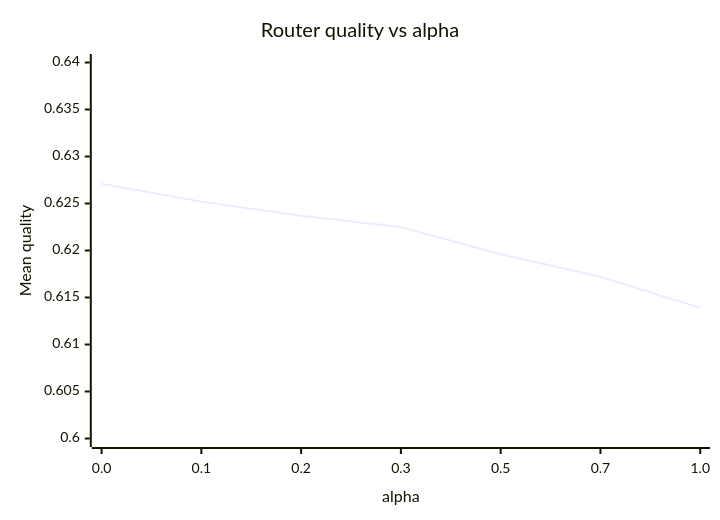
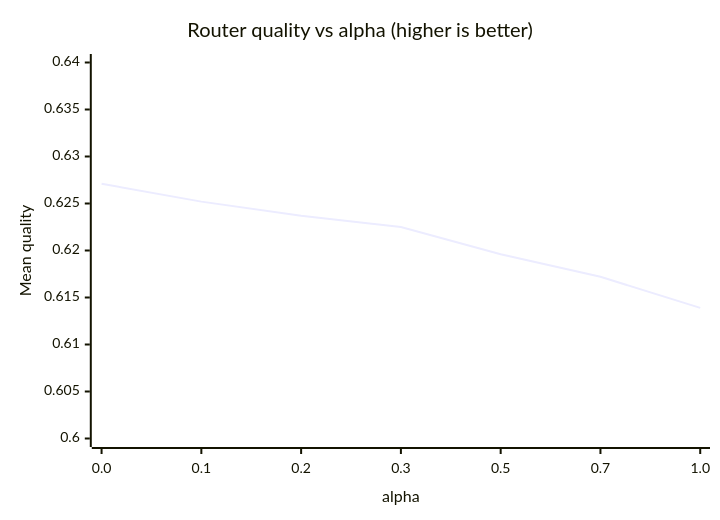
One commit to Monish-Ram250/RouterIQ changed the third of 4 diagrams in README.md. Above: the diagram before and after it, drawn with Mermaid. The commit also changed other lines of this file, not shown here.

````diff
--- a/README.md
+++ b/README.md
@@ -174,7 +194,7 @@
 ```mermaid
 xychart-beta
-    title "Router quality vs alpha"
+    title "Router quality vs alpha (higher is better)"
     x-axis "alpha" [0.0, 0.1, 0.2, 0.3, 0.5, 0.7, 1.0]
     y-axis "Mean quality" 0.60 --> 0.64
     line [0.6271, 0.6252, 0.6237, 0.6225, 0.6196, 0.6172, 0.6139]
 ```
````
